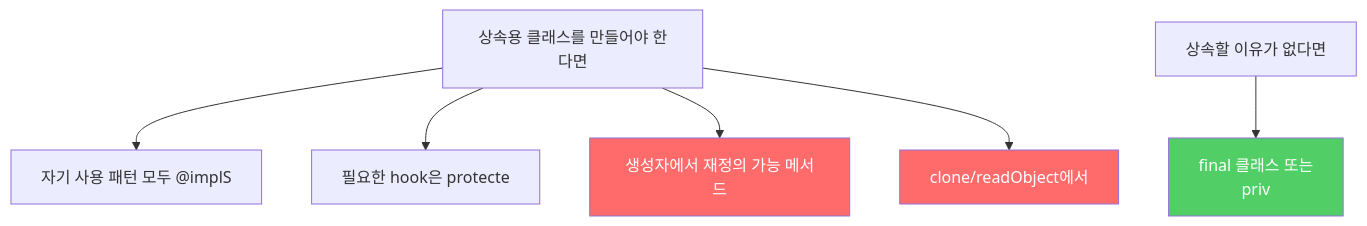
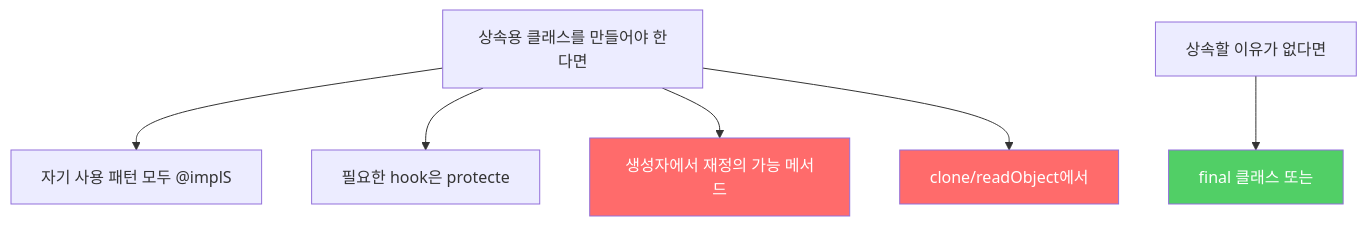
Before and after one commit to yjkim2015/yjkim2015.github.io: the sixth of 6 diagrams in _posts/java/2022-01-03-effective-java19.md, drawn with Mermaid. The commit also changed other lines of this file and 217 other files, not shown here.

First line of the commit message:
Mermaid 크기 수정: useMaxWidth:true + SVG max-width:100% + 라벨 축소

````diff
--- a/_posts/java/2022-01-03-effective-java19.md
+++ b/_posts/java/2022-01-03-effective-java19.md
@@ -234,11 +234,11 @@
 ```mermaid
 graph TD
     A["상속용 클래스를 만들어야 한다면"] --> B["자기 사용 패턴 모두 @implS"]
     A --> C["필요한 hook은 protecte"]
-    A --> D["생성자에서 재정의 가능 메서드\n"]
+    A --> D["생성자에서 재정의 가능 메서드"]
     A --> E["clone/readObject에서"]
-    F["상속할 이유가 없다면"] --> G["final 클래스 또는\npriv"]
+    F["상속할 이유가 없다면"] --> G["final 클래스 또는"]
     style D fill:#ff6b6b,color:#fff
     style E fill:#ff6b6b,color:#fff
     style G fill:#51cf66,color:#fff
 ```
````
